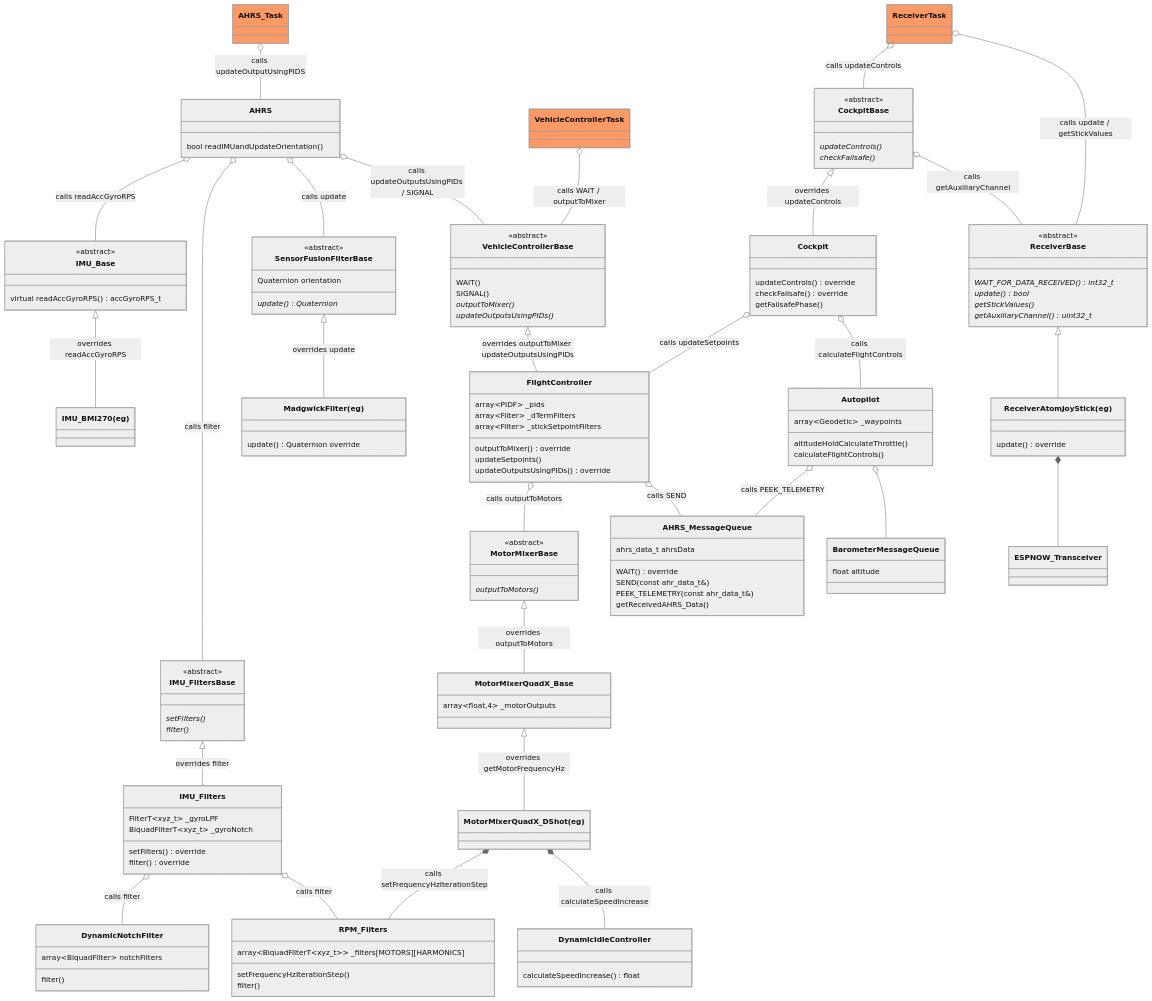
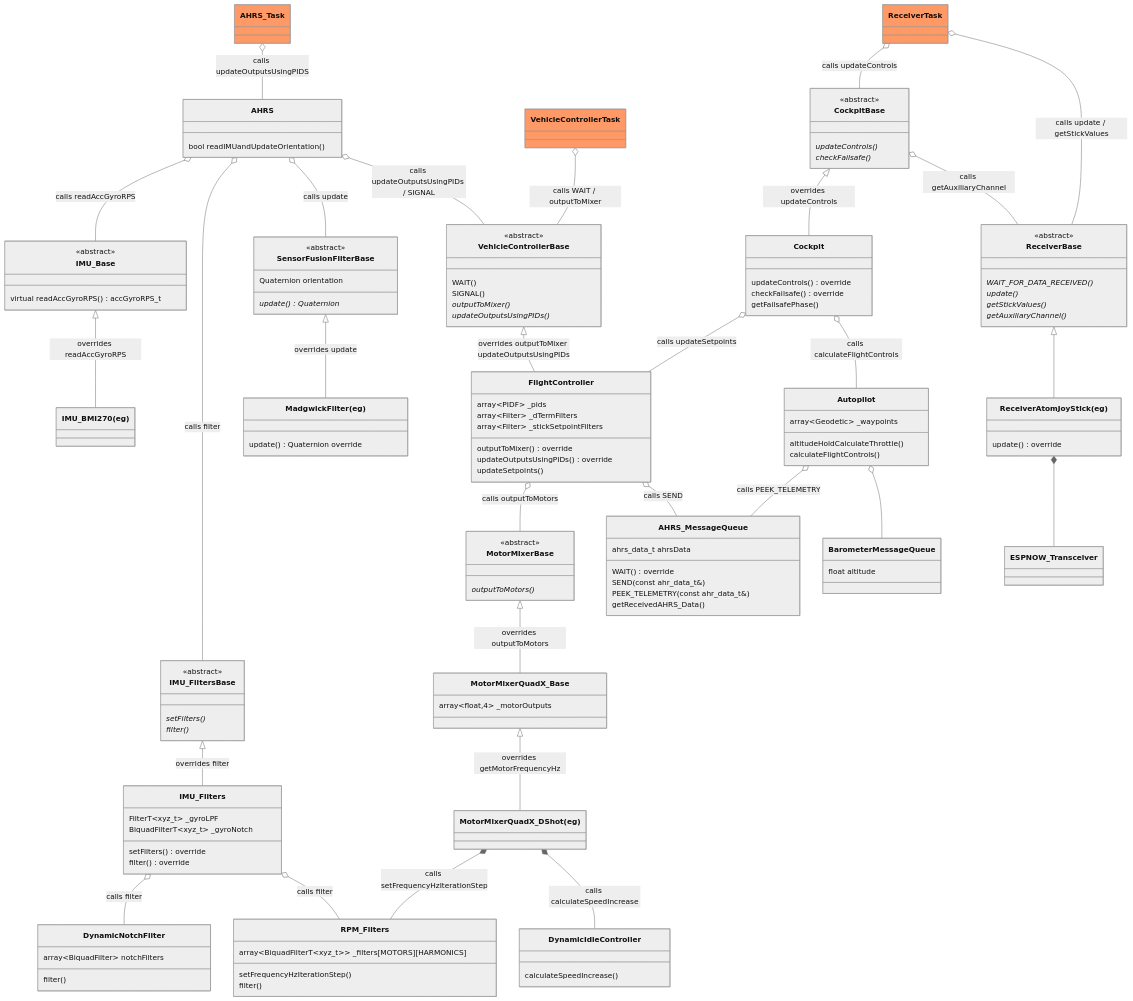
The first of 5 diagrams in README.md (martinbudden/Protoflight), drawn with Mermaid (neutral theme) before and after one commit. The commit also changed other lines of this file, not shown here.

```diff
--- a/README.md
+++ b/README.md
@@ -253,12 +250,13 @@
     class AHRS_Task:::taskClass {
     }
     link AHRS_Task "https://github.com/martinbudden/Library-StabilizedVehicle/blob/main/src/AHRS_Task.h"
-    AHRS_Task o-- AHRS : calls updateOutputUsingPIDS
+    AHRS_Task o-- AHRS : calls updateOutputsUsingPIDS
 
     VehicleControllerBase <|-- FlightController : overrides outputToMixer updateOutputsUsingPIDs
     AHRS o-- VehicleControllerBase : calls updateOutputsUsingPIDs / SIGNAL
     class ReceiverTask:::taskClass {
     }
+    link ReceiverTask "https://github.com/martinbudden/Library-Receiver/blob/main/src/ReceiverTask.h"
     class SensorFusionFilterBase {
         Quaternion orientation
         <<abstract>>
@@ -314,8 +312,8 @@
         array~Filter~ _dTermFilters
         array~Filter~ _stickSetpointFilters
         outputToMixer() override
+        updateOutputsUsingPIDs() override
         updateSetpoints()
-        updateOutputsUsingPIDs() override
     }
     link FlightController "https://github.com/martinbudden/protoflight/blob/main/lib/FlightController/src/FlightController.h"
     Cockpit o-- FlightController : calls updateSetpoints
@@ -324,10 +322,10 @@
 
     class ReceiverBase {
         <<abstract>>
-        WAIT_FOR_DATA_RECEIVED() int32_t *
-        update() bool *
+        WAIT_FOR_DATA_RECEIVED() *
+        update() *
         getStickValues() *
-        getAuxiliaryChannel() uint32_t *
+        getAuxiliaryChannel() *
     }
     link ReceiverBase "https://github.com/martinbudden/Library-Receiver/blob/main/src/ReceiverBase.h"
 
@@ -395,7 +393,7 @@
     link MotorMixerQuadX_Base "https://github.com/martinbudden/protoflight/blob/main/lib/MotorMixers/src/MotorMixerQuadX_Base.h"
 
     class DynamicIdleController {
-        calculateSpeedIncrease() float
+        calculateSpeedIncrease()
     }
     link DynamicIdleController "https://github.com/martinbudden/protoflight/blob/main/lib/MotorMixers/src/DynamicIdleController.h"
     class MotorMixerQuadX_DShot["MotorMixerQuadX_DShot(eg)"]
```
